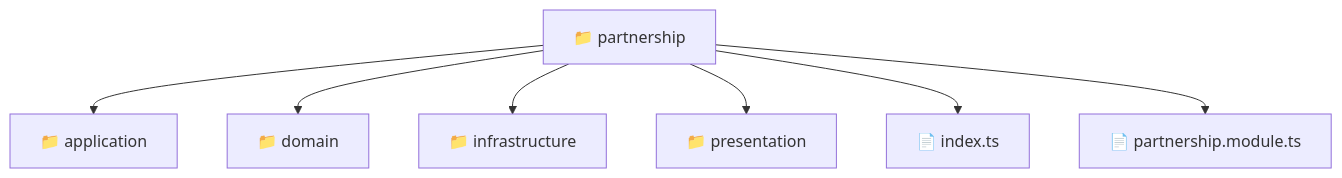
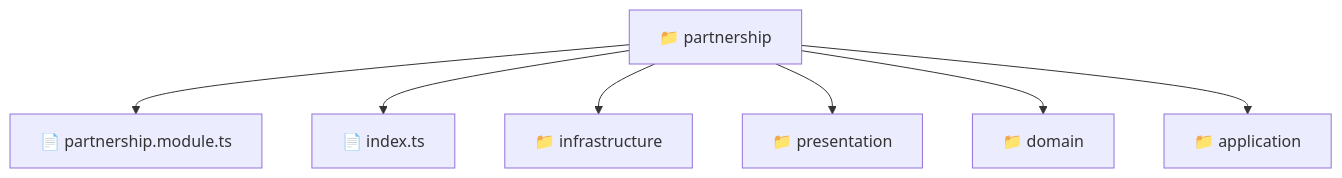
Before and after one commit to beginwebdev2002/fullstack-mavluda: the diagram in backend/src/modules/partnership/README.md, drawn with Mermaid. The commit also changed other lines of this file and 164 other files, not shown here.

First line of the commit message:
docs: generate robust autonomous architectural documentation

````diff
--- a/backend/src/modules/partnership/README.md
+++ b/backend/src/modules/partnership/README.md
@@ -9,10 +11,10 @@
 ```mermaid
 graph TD
-  Root["📁 partnership"]
-  Root --> application["📁 application"]
-  Root --> domain["📁 domain"]
-  Root --> infrastructure["📁 infrastructure"]
-  Root --> presentation["📁 presentation"]
-  Root --> index_ts["📄 index.ts"]
-  Root --> partnership_module_ts["📄 partnership.module.ts"]
+    f_partnership["📁 partnership"]
+    f_partnership --> f_partnership_module_ts["📄 partnership.module.ts"]
+    f_partnership --> f_index_ts["📄 index.ts"]
+    f_partnership --> f_infrastructure["📁 infrastructure"]
+    f_partnership --> f_presentation["📁 presentation"]
+    f_partnership --> f_domain["📁 domain"]
+    f_partnership --> f_application["📁 application"]
 ```
````
